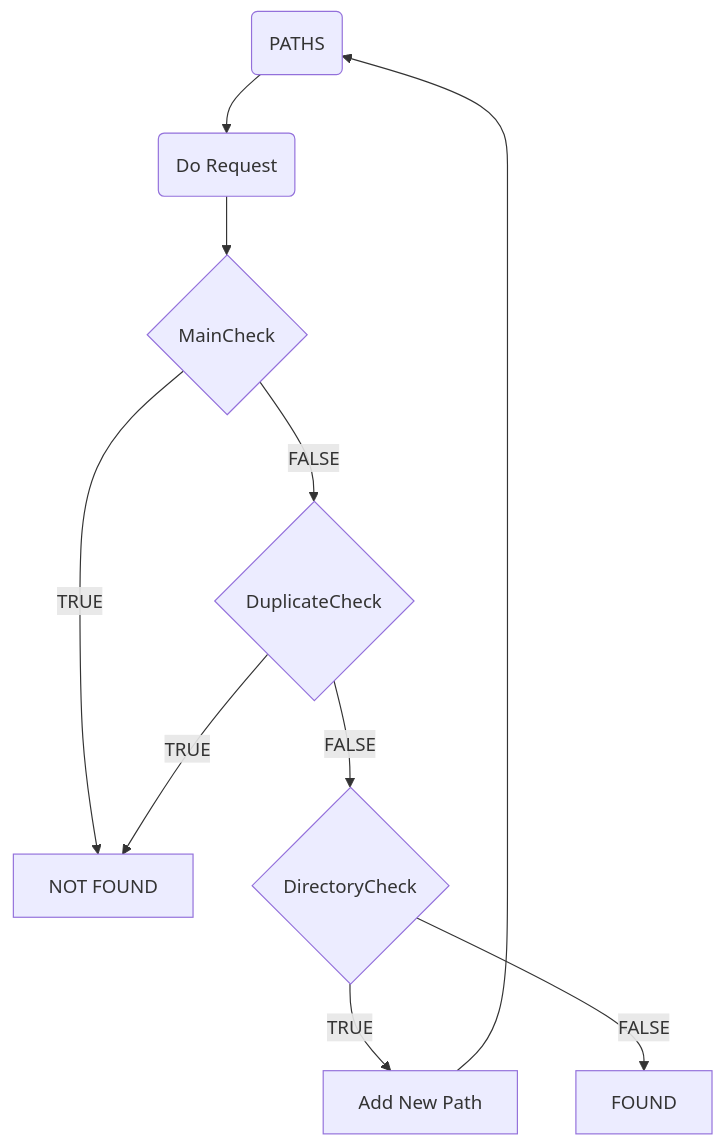
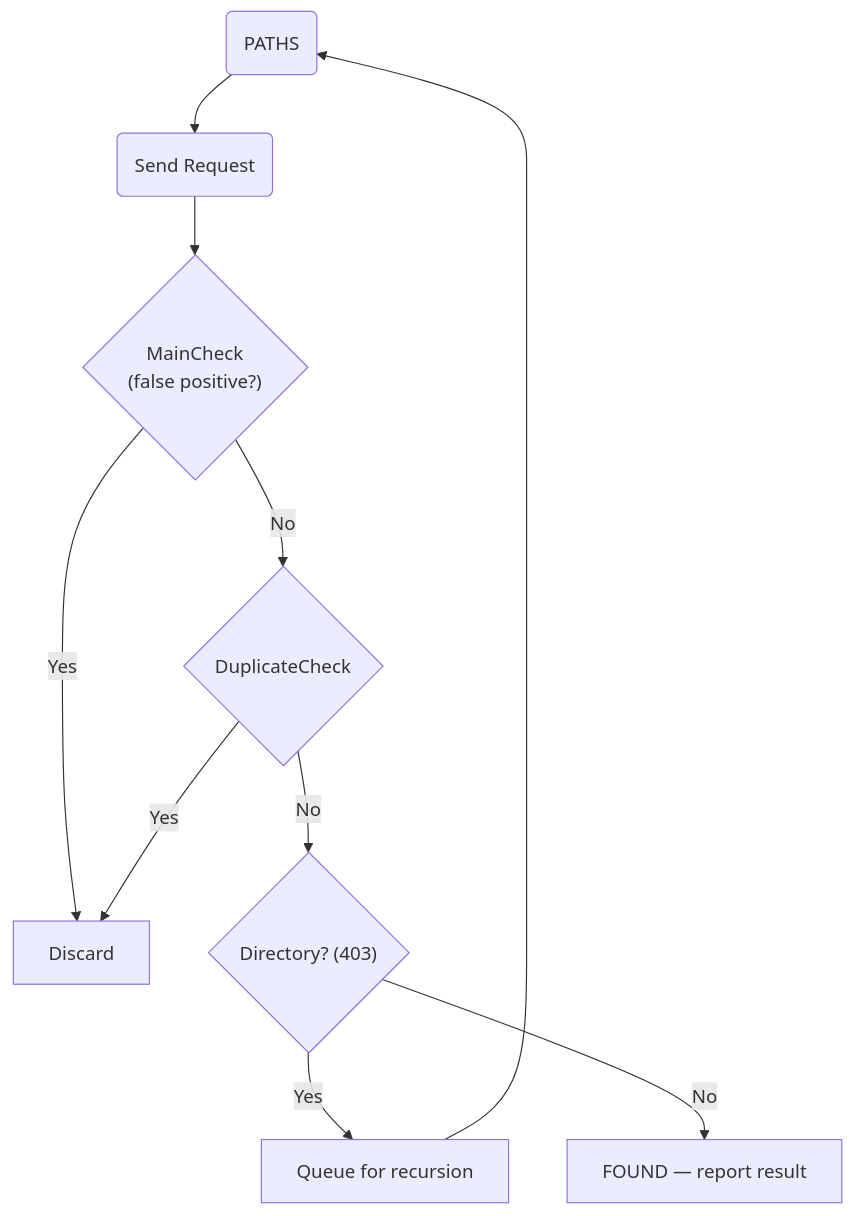
The diagram in readme.md (Serhatcck/hidden_fuzzer), drawn with Mermaid before and after one commit. The commit also changed other lines of this file, not shown here.

````diff
--- a/readme.md
+++ b/readme.md
@@ -82,12 +132,12 @@
 ```mermaid
 graph TD
-    A("PATHS") --> B("Do Request")
-    B --> D{"MainCheck"}
-    D -- TRUE --> n1["NOT FOUND"]
-    D -- FALSE --> n2{"DuplicateCheck"}
-    n2 -- FALSE --> n3{"DirectoryCheck"}
-    n2 -- TRUE --> n1
-    n3 -- TRUE --> n4["Add New Path"]
-    n4 --> A
-    n3 -- FALSE --> n5["FOUND"]
+    A("PATHS") --> B("Send Request")
+    B --> D{"MainCheck\n(false positive?)"}
+    D -- Yes --> N1["Discard"]
+    D -- No --> N2{"DuplicateCheck"}
+    N2 -- Yes --> N1
+    N2 -- No --> N3{"Directory? (403)"}
+    N3 -- Yes --> N4["Queue for recursion"]
+    N4 --> A
+    N3 -- No --> N5["FOUND — report result"]
 ```
````
